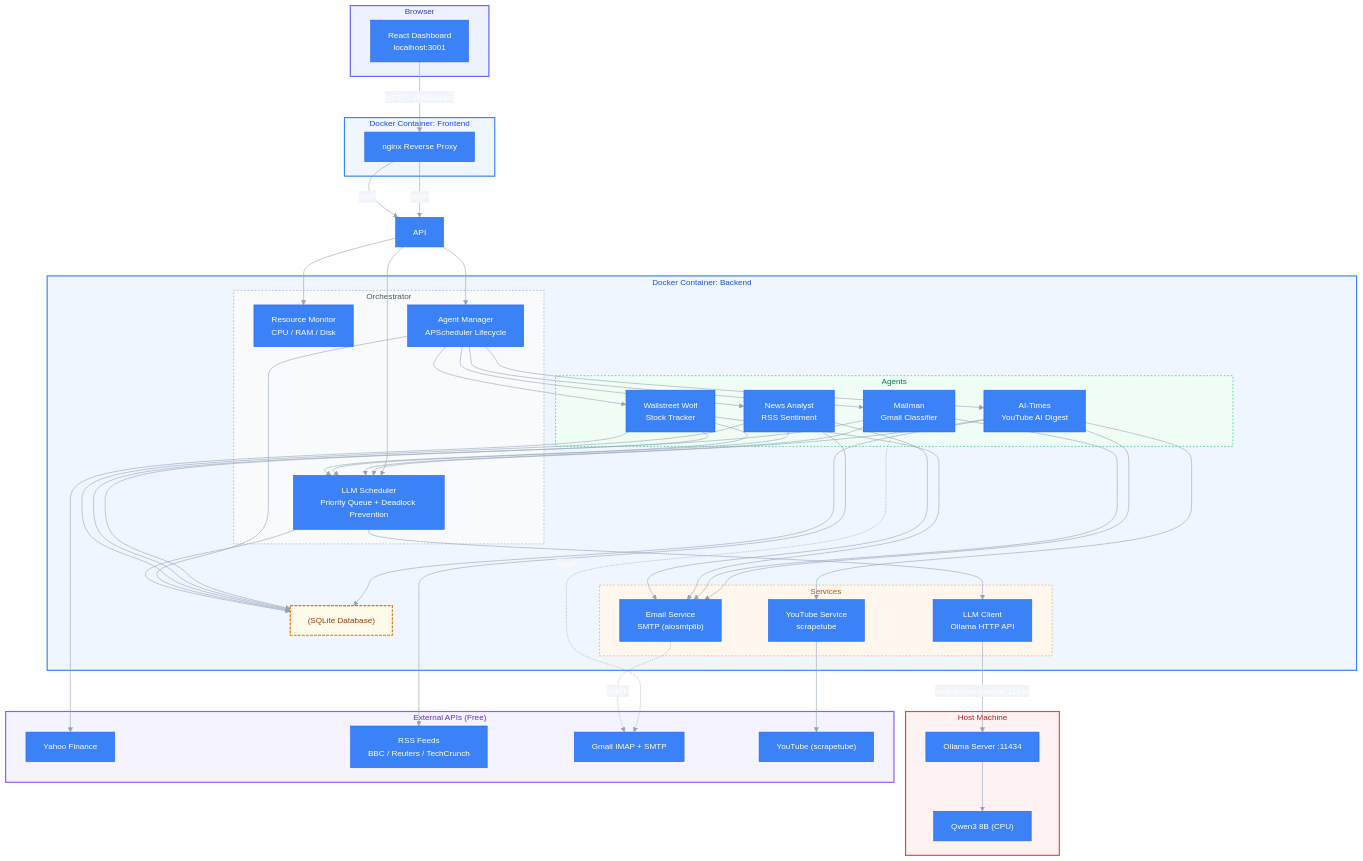
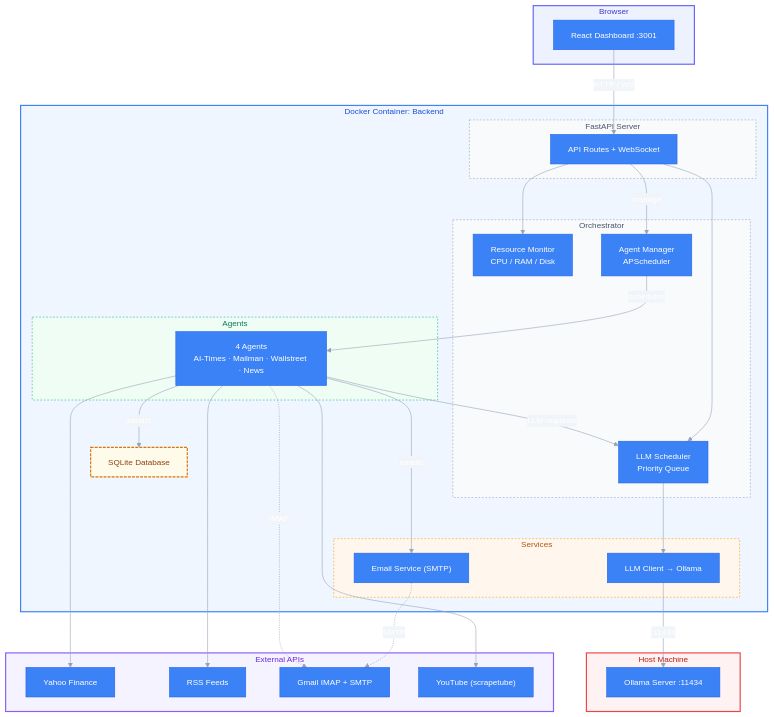
Before and after one commit to anasshahid1/multi-agent-platform: the first of 4 diagrams in architecture.md, drawn with Mermaid. The commit also changed 3 other files, not shown here.

Commit message:
Simplify architecture diagram, fix log timezone, reduce News Analyst batch

````diff
--- a/architecture.md
+++ b/architecture.md
@@ -7,96 +7,68 @@
 graph TB
     subgraph Browser["Browser"]
     style Browser fill:#eef2ff,stroke:#6366f1,stroke-width:2px,color:#4338ca
-        UI["React Dashboard<br/>localhost:3001"]
-    end
-
-    subgraph Frontend["Docker Container: Frontend"]
-    style Frontend fill:#eff6ff,stroke:#3b82f6,stroke-width:2px,color:#1d4ed8
-        NGINX["nginx Reverse Proxy"]
+        UI["React Dashboard :3001"]
     end
 
     subgraph Backend["Docker Container: Backend"]
     style Backend fill:#eff6ff,stroke:#3b82f6,stroke-width:2px,color:#1d4ed8
 
+        subgraph API["FastAPI Server"]
+        style API fill:#f8fafc,stroke:#94a3b8,stroke-dasharray:3 3,color:#475569
+            ROUTES["API Routes + WebSocket"]
+        end
+
         subgraph Orchestrator["Orchestrator"]
         style Orchestrator fill:#f8fafc,stroke:#94a3b8,stroke-dasharray:3 3,color:#475569
-            SCHED["LLM Scheduler<br/>Priority Queue + Deadlock Prevention"]
+            SCHED["LLM Scheduler<br/>Priority Queue"]
             MON["Resource Monitor<br/>CPU / RAM / Disk"]
-            AM["Agent Manager<br/>APScheduler Lifecycle"]
+            AM["Agent Manager<br/>APScheduler"]
         end
 
         subgraph Agents["Agents"]
         style Agents fill:#f0fdf4,stroke:#10b981,stroke-dasharray:3 3,color:#047857
-            A1["AI-Times<br/>YouTube AI Digest"]
-            A2["Mailman<br/>Gmail Classifier"]
-            A3["Wallstreet Wolf<br/>Stock Tracker"]
-            A4["News Analyst<br/>RSS Sentiment"]
+            ALL["4 Agents<br/>AI-Times · Mailman · Wallstreet · News"]
         end
 
         subgraph Services["Services"]
         style Services fill:#fff7ed,stroke:#f59e0b,stroke-dasharray:3 3,color:#b45309
-            LLM_CLIENT["LLM Client<br/>Ollama HTTP API"]
-            EMAIL["Email Service<br/>SMTP (aiosmtplib)"]
-            YT["YouTube Service<br/>scrapetube"]
+            LLM_CLIENT["LLM Client → Ollama"]
+            EMAIL["Email Service (SMTP)"]
         end
 
-        DB["(SQLite Database)"]
+        DB["SQLite Database"]
         style DB fill:#fffbeb,stroke:#d97706,stroke-width:2px,color:#92400e,stroke-dasharray:5 2
     end
 
     subgraph Host["Host Machine"]
     style Host fill:#fef2f2,stroke:#ef4444,stroke-width:2px,color:#b91c1c
         OLLAMA["Ollama Server :11434"]
-        QWEN["Qwen3 8B (CPU)"]
     end
 
-    subgraph External["External APIs (Free)"]
+    subgraph External["External APIs"]
     style External fill:#f5f3ff,stroke:#8b5cf6,stroke-width:2px,color:#6d28d9
         YAHOO["Yahoo Finance"]
-        RSS["RSS Feeds<br/>BBC / Reuters / TechCrunch"]
+        RSS["RSS Feeds"]
         GMAIL["Gmail IMAP + SMTP"]
         YOUTUBE["YouTube (scrapetube)"]
     end
 
-    UI -->|"HTTP / WebSocket"| NGINX
-    NGINX -->|"/api/*"| API
-    NGINX -->|"/ws/*"| API
-    API --> SCHED
+    UI -->|HTTP / WS| ROUTES
+    ROUTES -->|manage| AM
+    ROUTES --> SCHED
+    ROUTES --> MON
 
-    API --> AM
-    API --> MON
-
-    AM --> A1
-    AM --> A2
-    AM --> A3
-    AM --> A4
-
-    A1 --> SCHED
-    A2 --> SCHED
-    A3 --> SCHED
-    A4 --> SCHED
-
-    A1 --> YT
-    A1 --> EMAIL
-    A2 --> EMAIL
-    A3 --> EMAIL
-    A4 --> EMAIL
-
-    A2 -.->|"IMAP"| GMAIL
-    EMAIL -.->|"SMTP"| GMAIL
+    AM -->|schedules| ALL
+    ALL -->|LLM requests| SCHED
+    ALL -->|emails| EMAIL
+    ALL -->|persist| DB
+    ALL --> YAHOO
+    ALL --> RSS
 
     SCHED --> LLM_CLIENT
-    LLM_CLIENT -->|"host.docker.internal:11434"| OLLAMA
-    OLLAMA --> QWEN
+    LLM_CLIENT -->|:11434| OLLAMA
 
-    A1 --> DB
-    A2 --> DB
-    A3 --> DB
-    A4 --> DB
-    AM --> DB
-    SCHED --> DB
-
-    YT --> YOUTUBE
-    A3 --> YAHOO
-    A4 --> RSS
+    EMAIL -.->|SMTP| GMAIL
+    ALL -.->|IMAP| GMAIL
+    ALL --> YOUTUBE
 ```
````
